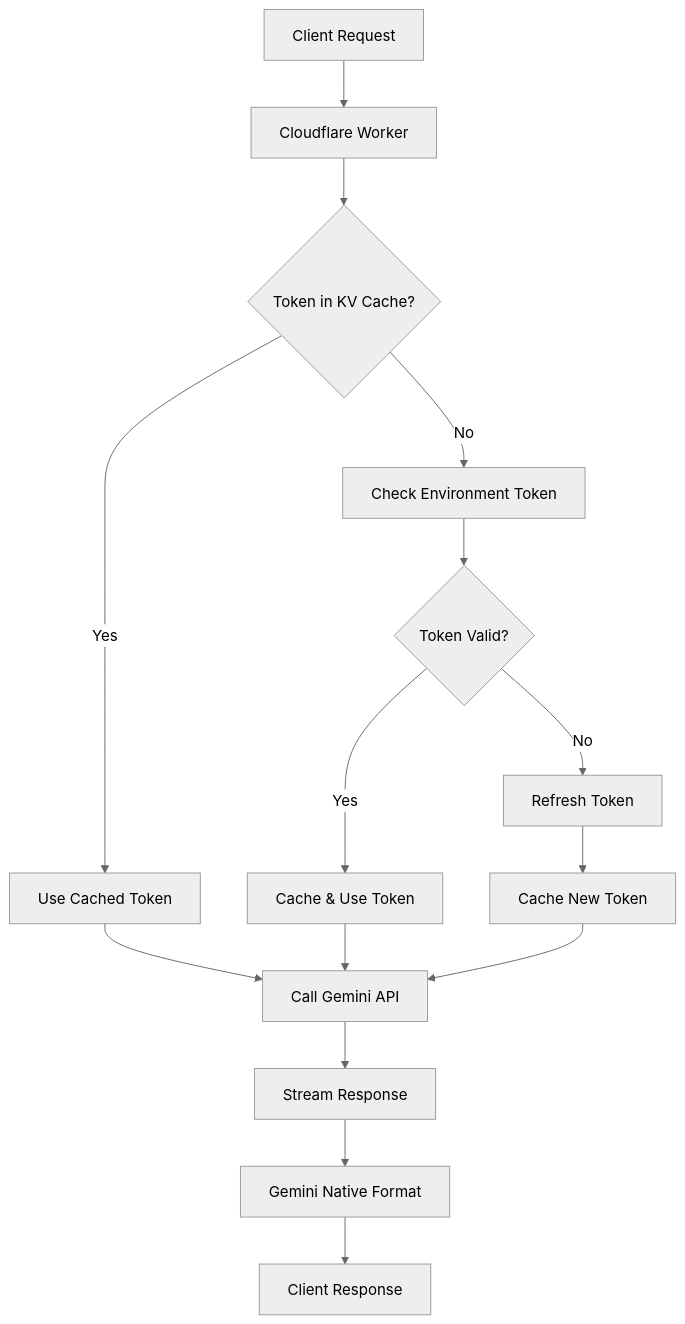
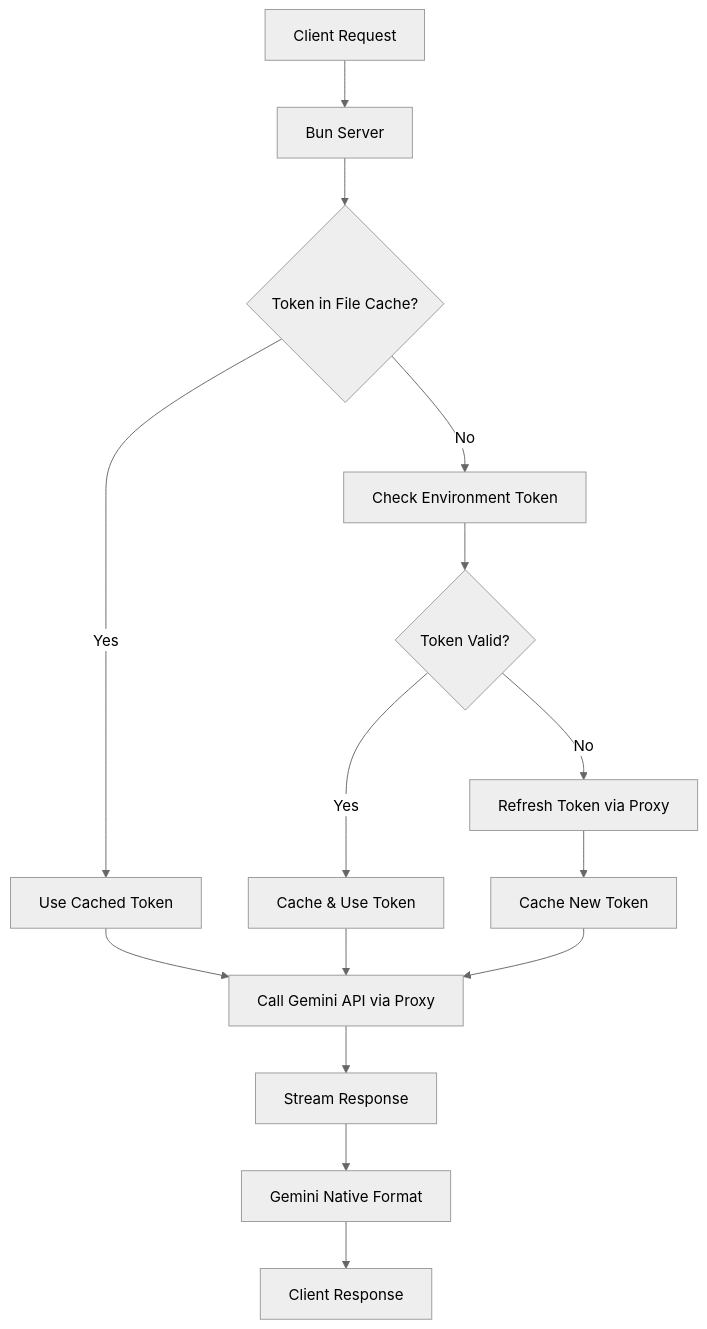
Before and after one commit to hueyjeong/gemini-cli-as-api: the diagram in README.md, drawn with Mermaid (neutral theme). The commit also changed other lines of this file and 2 other files, not shown here.

````diff
--- a/README.md
+++ b/README.md
@@ -161,17 +205,17 @@
 ```mermaid
 graph TD
-    A[Client Request] --> B[Cloudflare Worker]
-    B --> C{Token in KV Cache?}
+    A[Client Request] --> B[Bun Server]
+    B --> C{Token in File Cache?}
     C -->|Yes| D[Use Cached Token]
     C -->|No| E[Check Environment Token]
     E --> F{Token Valid?}
     F -->|Yes| G[Cache & Use Token]
-    F -->|No| H[Refresh Token]
+    F -->|No| H[Refresh Token via Proxy]
     H --> I[Cache New Token]
-    D --> J[Call Gemini API]
+    D --> J[Call Gemini API via Proxy]
     G --> J
     I --> J
     J --> K[Stream Response]
     K --> L[Gemini Native Format]
     L --> M[Client Response]
 ```
````
